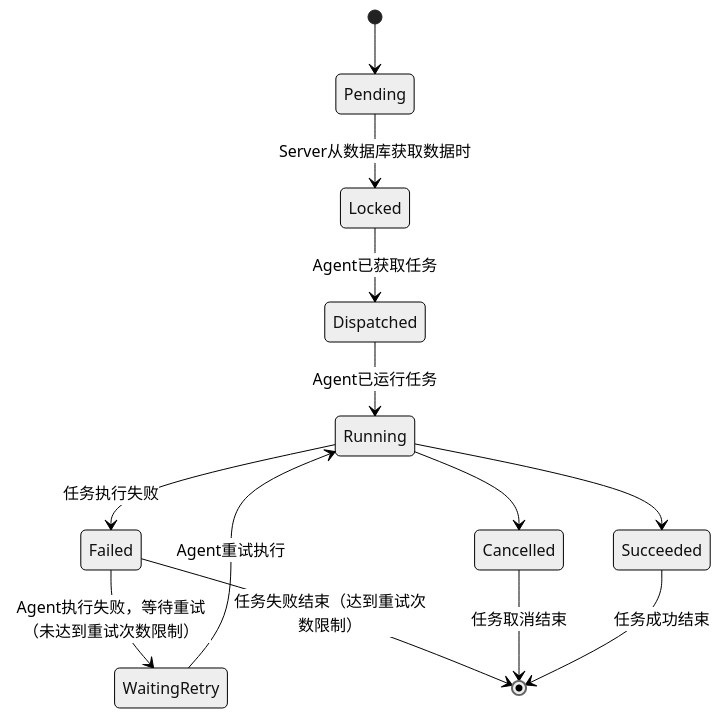
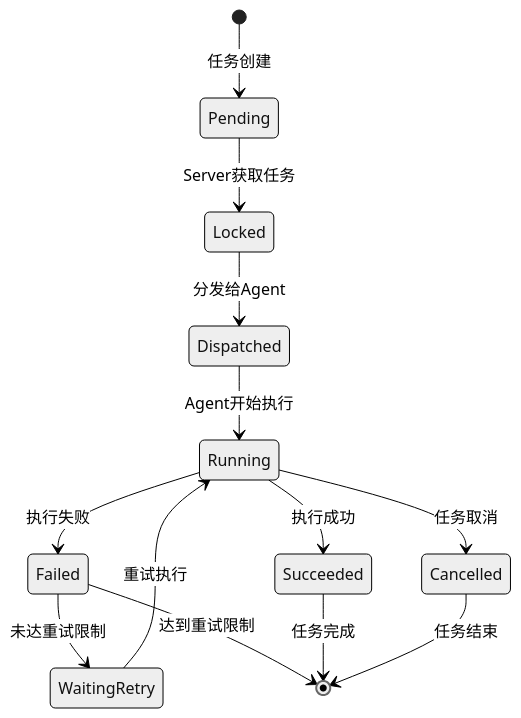
One commit to fusion-data/fusion-data changed the eighth of 9 diagrams in hetuflow/hetuflow-docs/src/hetuflow/architecture.md. Above: the diagram before and after it, drawn with Mermaid (neutral theme). The commit also changed other lines of this file and 420 other files, not shown here.

````diff
--- a/hetuflow/hetuflow-docs/src/hetuflow/architecture.md
+++ b/hetuflow/hetuflow-docs/src/hetuflow/architecture.md
@@ -298,15 +609,15 @@
 ```mermaid
 stateDiagram-v2
-  [*] --> Pending
-  Pending --> Locked : Server从数据库获取数据时
-  Locked --> Dispatched : Agent已获取任务
-  Dispatched --> Running : Agent已运行任务
-  Running --> Failed : 任务执行失败
-  Failed --> WaitingRetry : Agent执行失败，等待重试（未达到重试次数限制）
-  WaitingRetry --> Running : Agent重试执行
-  Running --> Cancelled
-  Running --> Succeeded
-  Failed --> [*] : 任务失败结束（达到重试次数限制）
-  Cancelled --> [*] : 任务取消结束
-  Succeeded --> [*] : 任务成功结束
+    [*] --> Pending: 任务创建
+    Pending --> Locked: Server获取任务
+    Locked --> Dispatched: 分发给Agent
+    Dispatched --> Running: Agent开始执行
+    Running --> Failed: 执行失败
+    Failed --> WaitingRetry: 未达重试限制
+    WaitingRetry --> Running: 重试执行
+    Running --> Succeeded: 执行成功
+    Running --> Cancelled: 任务取消
+    Failed --> [*]: 达到重试限制
+    Succeeded --> [*]: 任务完成
+    Cancelled --> [*]: 任务结束
 ```
````
